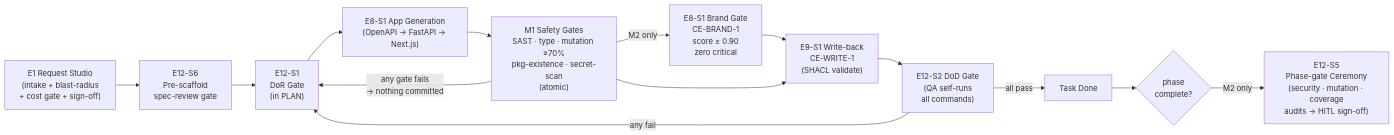
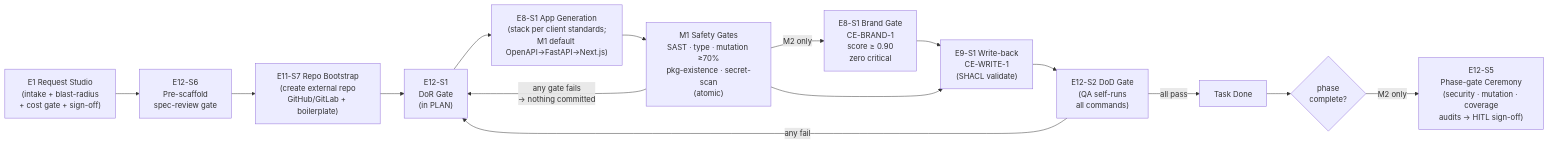
Before and after one commit to gazzwi86/weave: the second of 2 diagrams in docs/specs/weave/engines/build-engine.md, drawn with Mermaid. The commit also changed other lines of this file and 93 other files, not shown here.

````diff
--- a/docs/specs/weave/engines/build-engine.md
+++ b/docs/specs/weave/engines/build-engine.md
@@ -730,16 +823,17 @@
 ```mermaid
 flowchart LR
     INTAKE["E1 Request Studio\n(intake + blast-radius\n+ cost gate + sign-off)"] --> PRE_SCAFFOLD["E12-S6\nPre-scaffold\nspec-review gate"]
-    PRE_SCAFFOLD --> DoR["E12-S1\nDoR Gate\n(in PLAN)"]
-    DoR --> GEN["E8-S1 App Generation\n(OpenAPI → FastAPI → Next.js)"]
+    PRE_SCAFFOLD --> REPO["E11-S7 Repo Bootstrap\n(create external repo\nGitHub/GitLab + boilerplate)"]
+    REPO --> DoR["E12-S1\nDoR Gate\n(in PLAN)"]
+    DoR --> GEN["E8-S1 App Generation\n(stack per client standards;\nM1 default OpenAPI→FastAPI→Next.js)"]
     GEN --> SAFETY["M1 Safety Gates\nSAST · type · mutation ≥70%\npkg-existence · secret-scan\n(atomic)"]
     SAFETY -->|"any gate fails\n→ nothing committed"| DoR
     SAFETY -->|"M2 only"| BRAND["E8-S1 Brand Gate\nCE-BRAND-1\nscore ≥ 0.90\nzero critical"]
     BRAND --> WRITEBACK["E9-S1 Write-back\nCE-WRITE-1\n(SHACL validate)"]
     SAFETY --> WRITEBACK
     WRITEBACK --> DoD["E12-S2 DoD Gate\n(QA self-runs\nall commands)"]
     DoD -->|"all pass"| TASK_DONE["Task Done"]
     DoD -->|"any fail"| DoR
     TASK_DONE --> PHASE_Q{"phase\ncomplete?"}
     PHASE_Q -->|"M2 only"| PHASE_GATE["E12-S5\nPhase-gate Ceremony\n(security · mutation · coverage\naudits → HITL sign-off)"]
 ```
````
